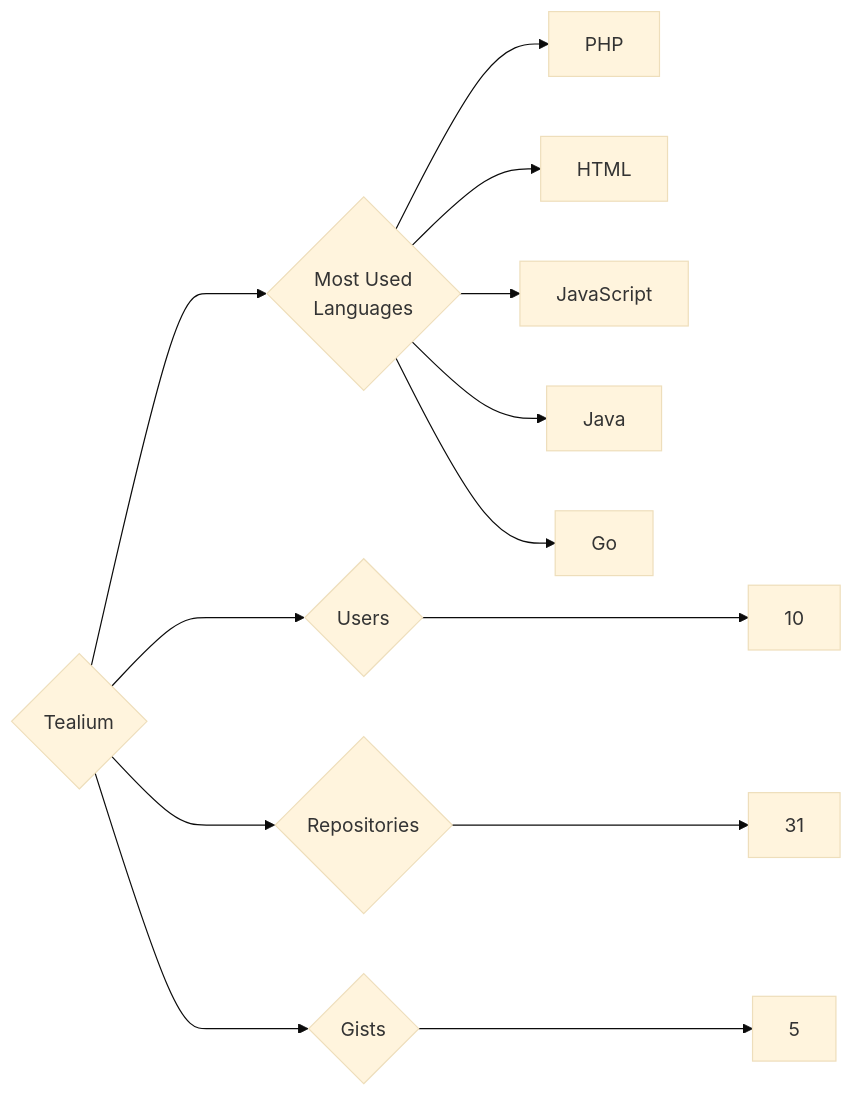
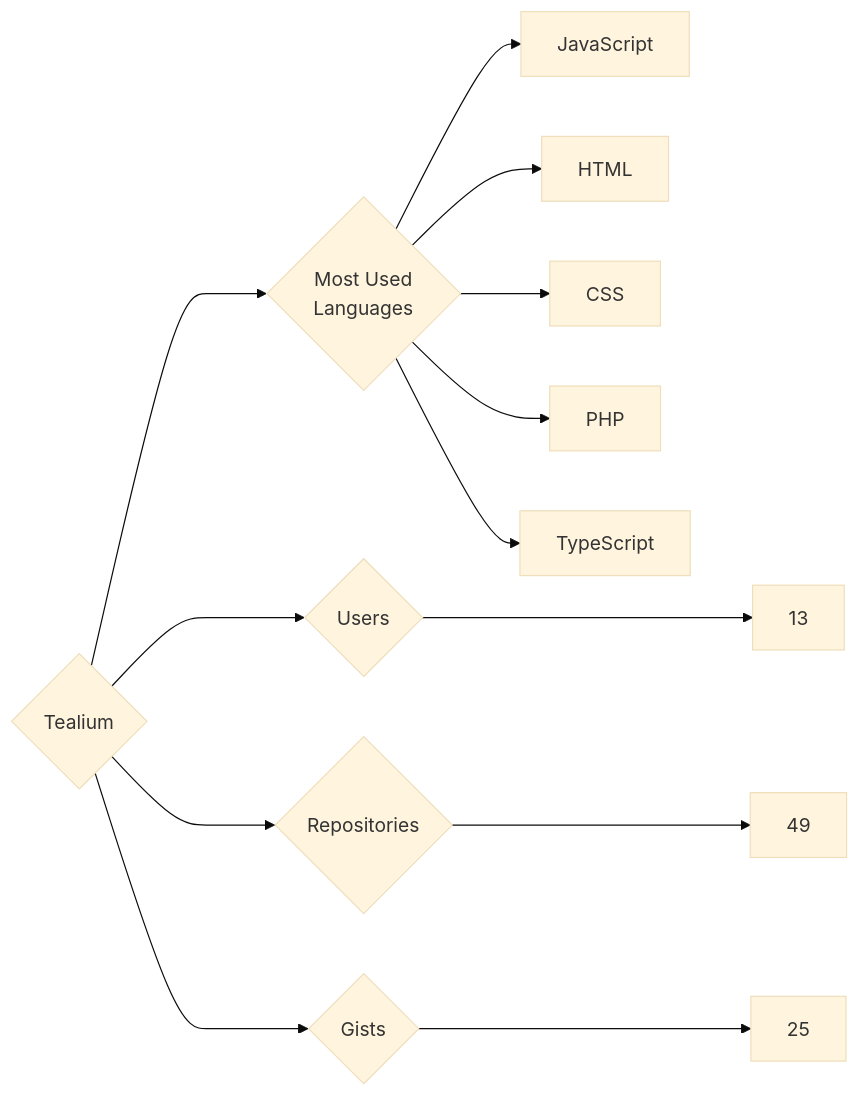
Before and after one commit to trickest/insiders: the diagram in targets/Tealium/README.md, drawn with Mermaid (base theme). The commit also changed 765 other files, not shown here.

````diff
--- a/targets/Tealium/README.md
+++ b/targets/Tealium/README.md
@@ -3,13 +3,13 @@
 ```mermaid
 graph LR
 COMPANY_NAME{Tealium}
-COMPANY_NAME ---> U{Users} ---> UN[10]
-COMPANY_NAME ---> R{Repositories} ---> RN[31]
-COMPANY_NAME ---> G{Gists} ---> GN[5]
+COMPANY_NAME ---> U{Users} ---> UN[13]
+COMPANY_NAME ---> R{Repositories} ---> RN[49]
+COMPANY_NAME ---> G{Gists} ---> GN[25]
 COMPANY_NAME ---> ML{Most Used<br>Languages}
+ML --> JavaScript[JavaScript]
+ML --> HTML[HTML]
+ML --> CSS[CSS]
 ML --> PHP[PHP]
-ML --> HTML[HTML]
-ML --> JavaScript[JavaScript]
-ML --> Java[Java]
-ML --> Go[Go]
+ML --> TypeScript[TypeScript]
 ```
````
